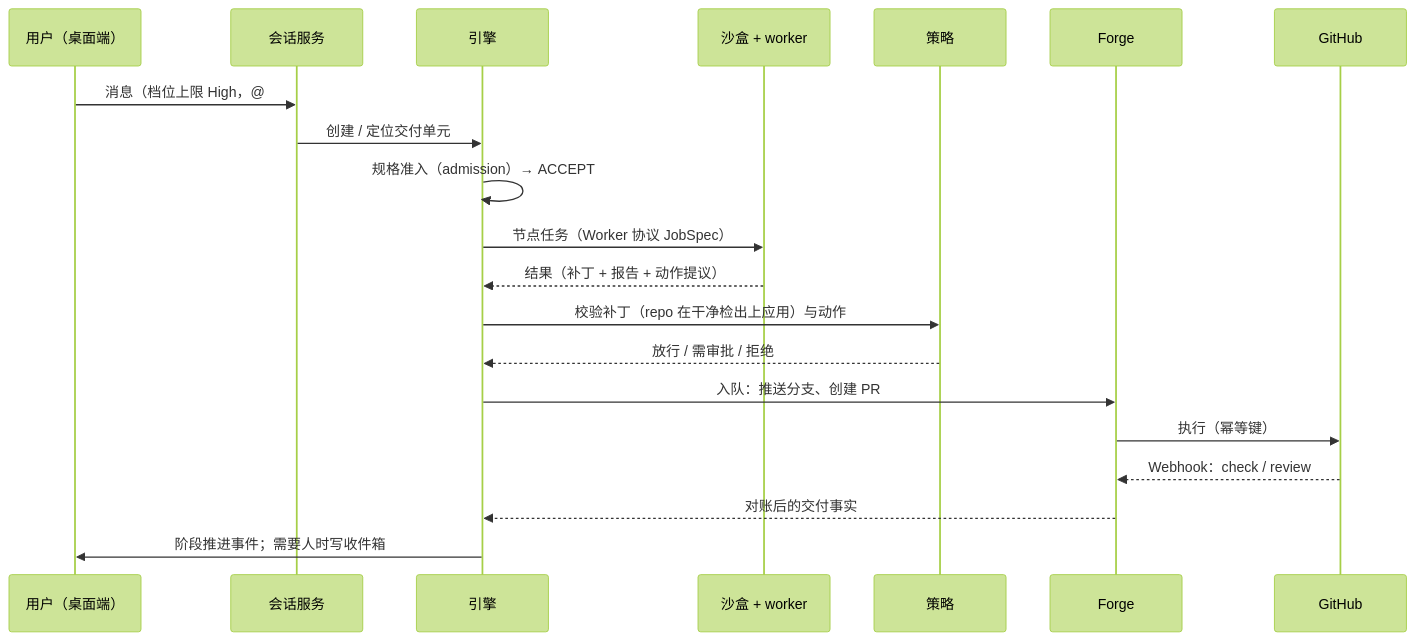
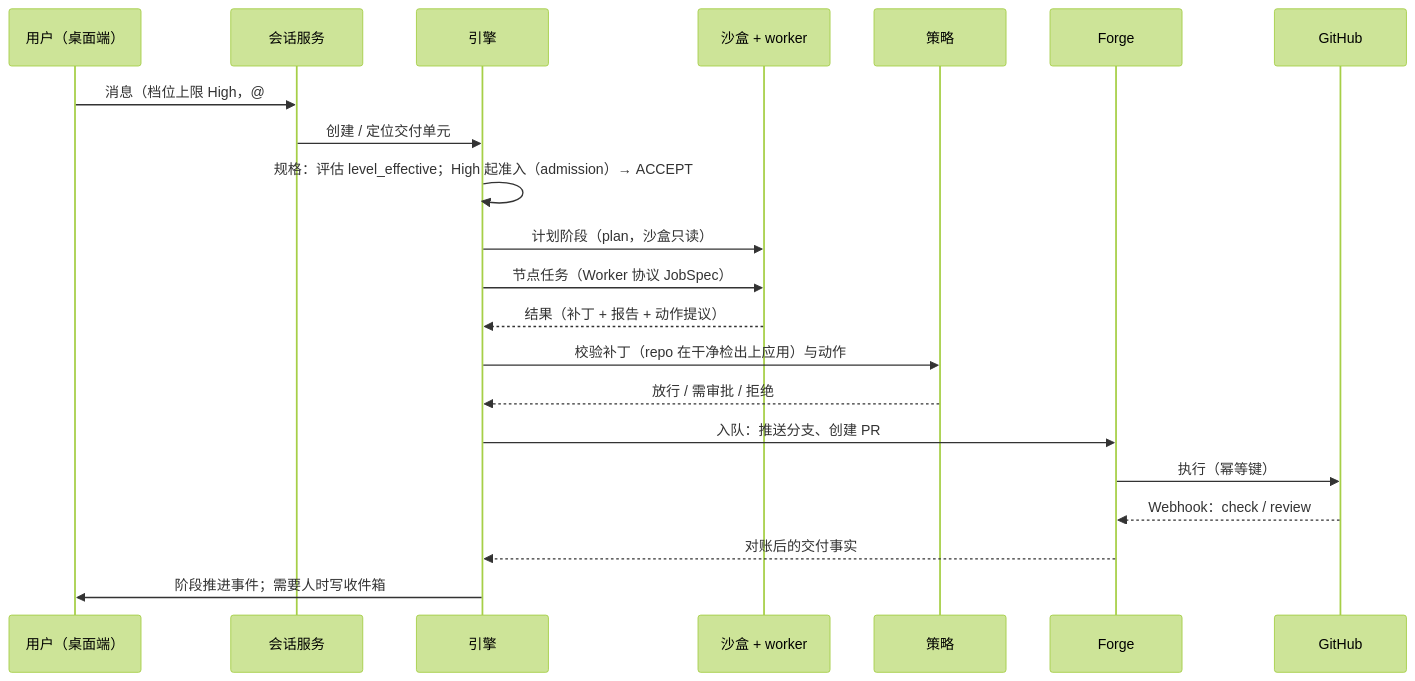
One commit to LeXwDeX/Gantry changed the third of 3 diagrams in docs/architecture.md. Above: the diagram before and after it, drawn with Mermaid (forest theme). The commit also changed other lines of this file and 10 other files, not shown here.

````diff
--- a/docs/architecture.md
+++ b/docs/architecture.md
@@ -202,22 +224,23 @@
 ```mermaid
 sequenceDiagram
   participant U as 用户（桌面端）
   participant C as 会话服务
   participant E as 引擎
   participant S as 沙盒 + worker
   participant P as 策略
   participant F as Forge
   participant G as GitHub
   U->>C: 消息（档位上限 High，@#5）
   C->>E: 创建 / 定位交付单元
-  E->>E: 规格准入（admission）→ ACCEPT
+  E->>E: 规格：评估 level_effective；High 起准入（admission）→ ACCEPT
+  E->>S: 计划阶段（plan，沙盒只读）
   E->>S: 节点任务（Worker 协议 JobSpec）
   S-->>E: 结果（补丁 + 报告 + 动作提议）
   E->>P: 校验补丁（repo 在干净检出上应用）与动作
   P-->>E: 放行 / 需审批 / 拒绝
   E->>F: 入队：推送分支、创建 PR
   F->>G: 执行（幂等键）
   G-->>F: Webhook：check / review
   F-->>E: 对账后的交付事实
   E->>U: 阶段推进事件；需要人时写收件箱
 ```
````
